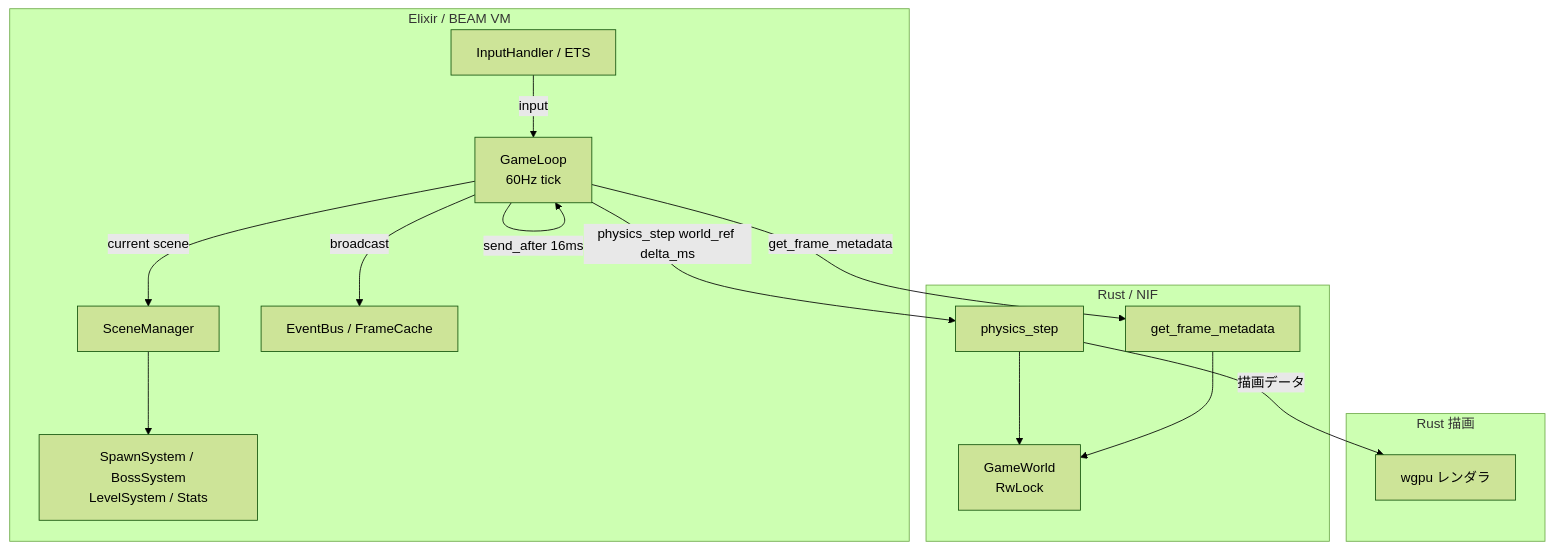
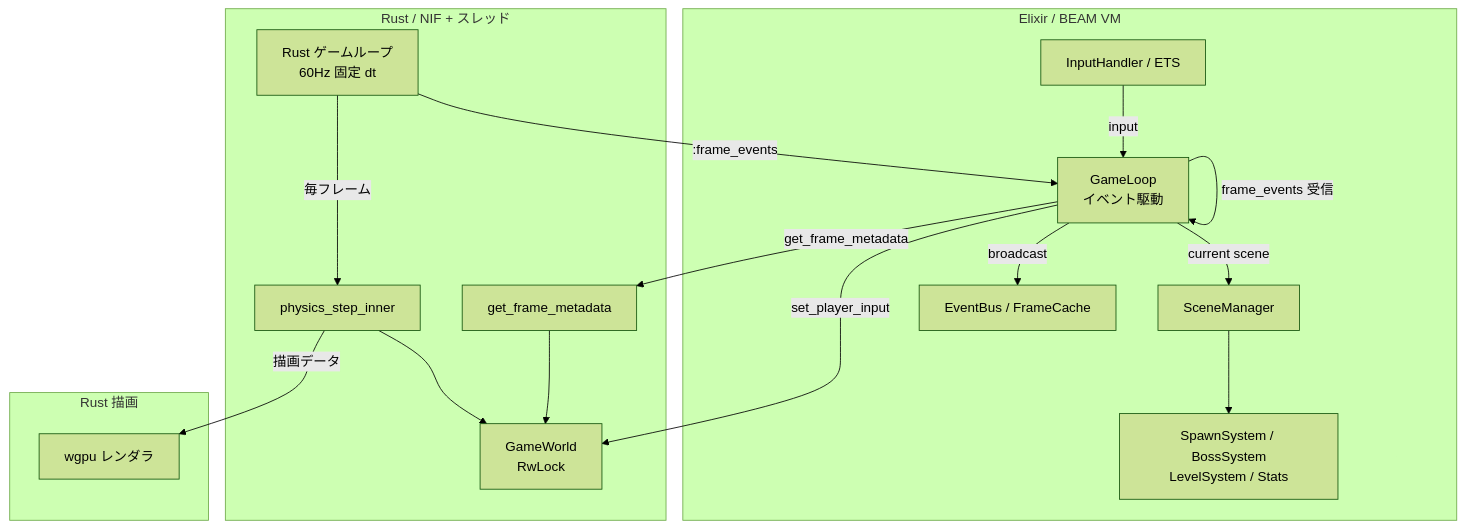
Before and after one commit to FRICK-ELDY/elixir_rust: the diagram in README.md, drawn with Mermaid (forest theme). The commit also changed other lines of this file and 7 other files, not shown here.

Commit message:
Step 41: GameLoop を Rust 駆動に移行

````diff
--- a/README.md
+++ b/README.md
@@ -62,33 +62,36 @@
 ```mermaid
 flowchart TB
     subgraph Elixir [Elixir / BEAM VM]
-        GL[GameLoop\n60Hz tick]
+        GL[GameLoop\nイベント駆動]
         SM[SceneManager]
         EB[EventBus / FrameCache]
         IH[InputHandler / ETS]
         SS[SpawnSystem / BossSystem\nLevelSystem / Stats]
 
-        GL -->|"send_after 16ms"| GL
+        GL -->|"frame_events 受信"| GL
         GL -->|current scene| SM
         GL -->|broadcast| EB
         IH -->|input| GL
         SM --> SS
     end
 
-    subgraph Rust [Rust / NIF]
-        PS[physics_step]
+    subgraph Rust [Rust / NIF + スレッド]
+        RGL[Rust ゲームループ\n60Hz 固定 dt]
+        PS[physics_step_inner]
         GWM[get_frame_metadata]
         GW[GameWorld\nRwLock]
 
+        RGL -->|"毎フレーム"| PS
         PS --> GW
         GWM --> GW
+        RGL -->|":frame_events"| GL
     end
 
     subgraph Render [Rust 描画]
         WG[wgpu レンダラ]
     end
 
-    GL -->|"physics_step world_ref delta_ms"| PS
+    GL -->|set_player_input| GW
     GL -->|get_frame_metadata| GWM
     PS -->|描画データ| WG
 ```
````
